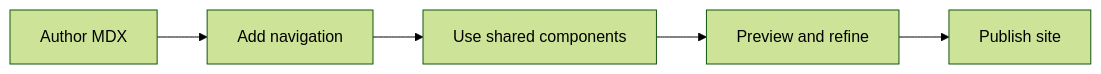
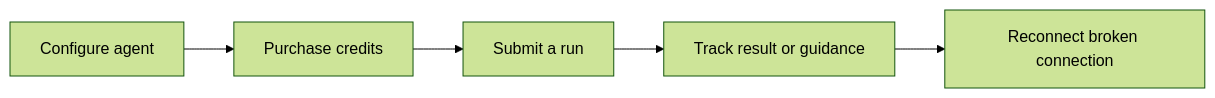
The diagram in features.mdx (AIGravity/documentationai-Docs), drawn with Mermaid (forest theme) before and after one commit. The commit also changed other lines of this file, not shown here.

Commit message:
docs: Updated `features.mdx` to reflect Gravity’s current user-facing workflows: guided agent setup and run tracking, builder

````diff
--- a/features.mdx
+++ b/features.mdx
@@ -43,7 +43,7 @@
 ```mermaid
 graph LR
-  A[Author MDX] --> B[Add navigation]
-  B --> C[Use shared components]
-  C --> D[Preview and refine]
-  D --> E[Publish site]
+  A[Configure agent] --> B[Purchase credits]
+  B --> C[Submit a run]
+  C --> D[Track result or guidance]
+  D --> E[Reconnect broken connection]
 ```
````
